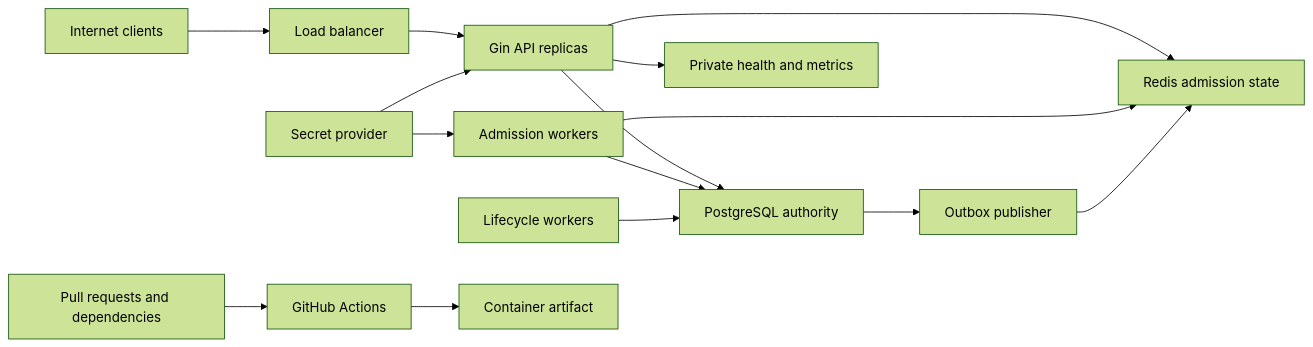
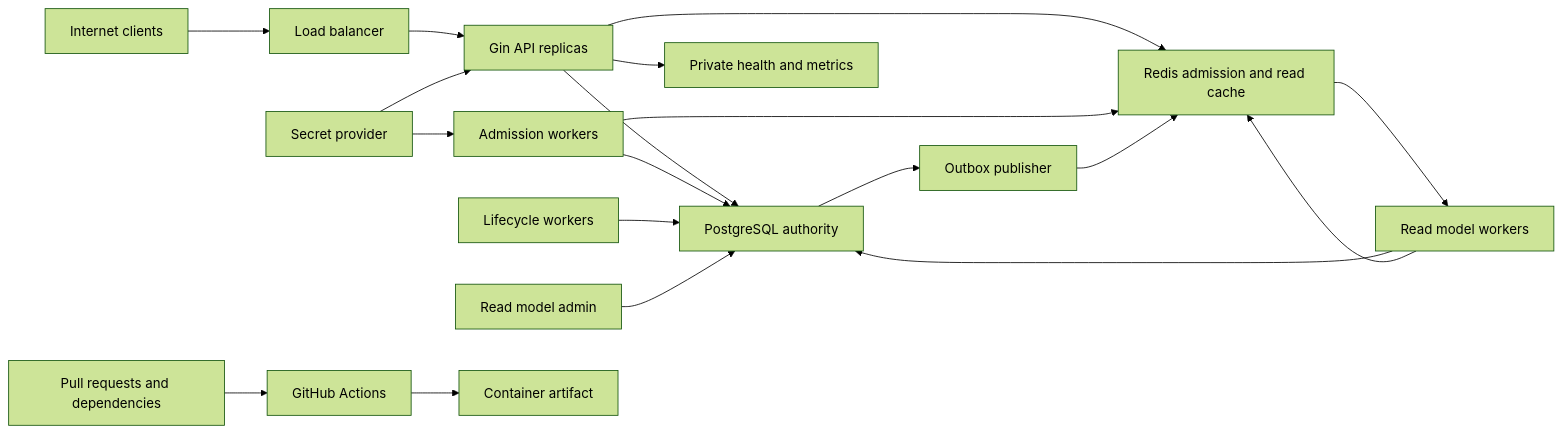
Before and after one commit to Neura-Shadow/Scalable-Railway-Ticketing-Platform: the diagram in docs/security-threat-model.md, drawn with Mermaid (forest theme). The commit also changed other lines of this file, not shown here.

Commit message:
docs: threat model Milestone 3 read paths

````diff
--- a/docs/security-threat-model.md
+++ b/docs/security-threat-model.md
@@ -51,17 +98,21 @@
 ```mermaid
 flowchart LR
     U["Internet clients"] --> L["Load balancer"]
     L --> A["Gin API replicas"]
     A --> P["PostgreSQL authority"]
-    A --> R["Redis admission state"]
+    A --> R["Redis admission and read cache"]
     K["Secret provider"] --> A
     K --> W["Admission workers"]
     W --> P
     W --> R
     X["Lifecycle workers"] --> P
     P --> O["Outbox publisher"]
     O --> R
+    R --> Q["Read model workers"]
+    Q --> P
+    Q --> R
+    D["Read model admin"] --> P
     A --> M["Private health and metrics"]
     C["Pull requests and dependencies"] --> CI["GitHub Actions"]
     CI --> I["Container artifact"]
 ```
````
